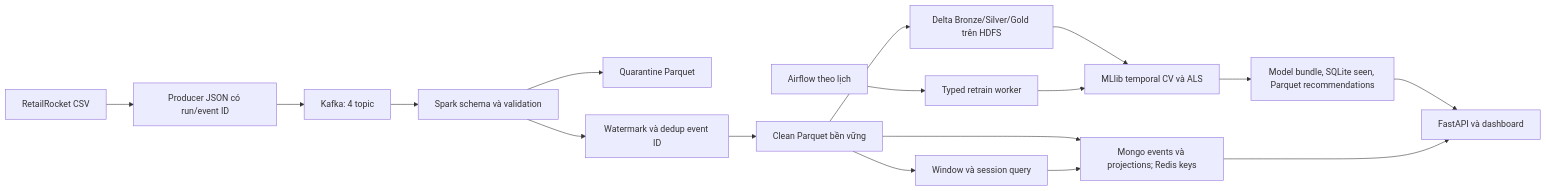
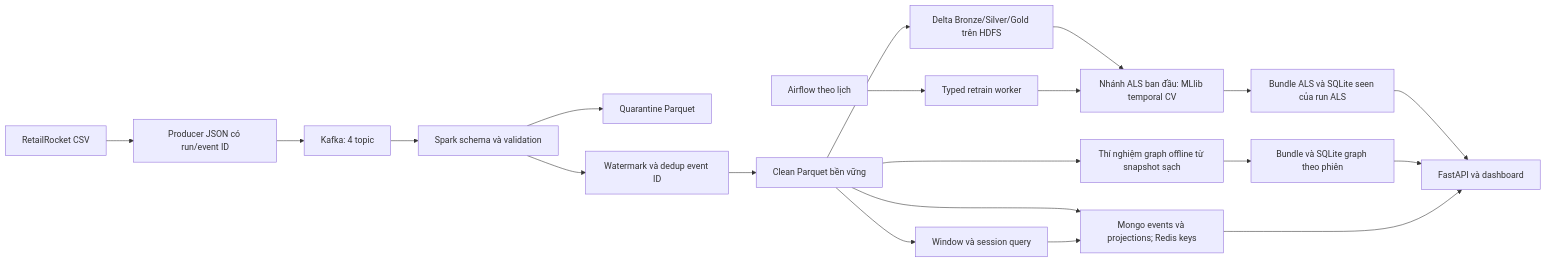
Before and after one commit to bluejames1106/big-data-retailrocket: the second of 2 diagrams in docs/ARCHITECTURE.md, drawn with Mermaid. The commit also changed other lines of this file and 19 other files, not shown here.

Commit message:
Document session architecture, verify ZIP demo and reproduce a public RetailRocket example

````diff
--- a/docs/ARCHITECTURE.md
+++ b/docs/ARCHITECTURE.md
@@ -29,19 +173,22 @@
 ```mermaid
 flowchart LR
   CSV[RetailRocket CSV] --> P[Producer JSON có run/event ID]
   P --> K[Kafka: 4 topic]
   K --> V[Spark schema và validation]
   V --> Q[Quarantine Parquet]
   V --> D[Watermark và dedup event ID]
   D --> C[Clean Parquet bền vững]
   C --> W[Window và session query]
   C --> L[Delta Bronze/Silver/Gold trên HDFS]
   C --> O[Mongo events và projections; Redis keys]
   W --> O
-  L --> ML[MLlib temporal CV và ALS]
-  ML --> B[Model bundle, SQLite seen, Parquet recommendations]
+  L --> ML[Nhánh ALS ban đầu: MLlib temporal CV]
+  ML --> B[Bundle ALS và SQLite seen của run ALS]
   B --> API[FastAPI và dashboard]
+  C --> G[Thí nghiệm graph offline từ snapshot sạch]
+  G --> GB[Bundle và SQLite graph theo phiên]
+  GB --> API
   O --> API
   AF[Airflow theo lịch] --> J[Typed retrain worker]
   J --> ML
 ```
````
